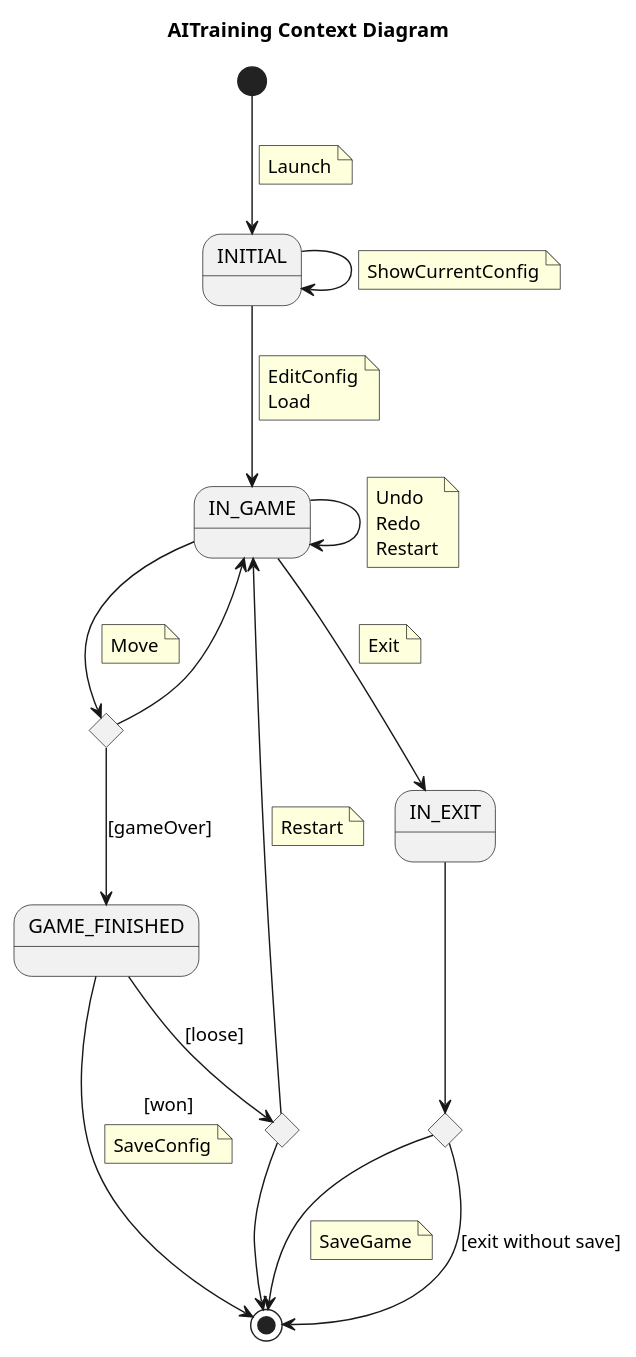
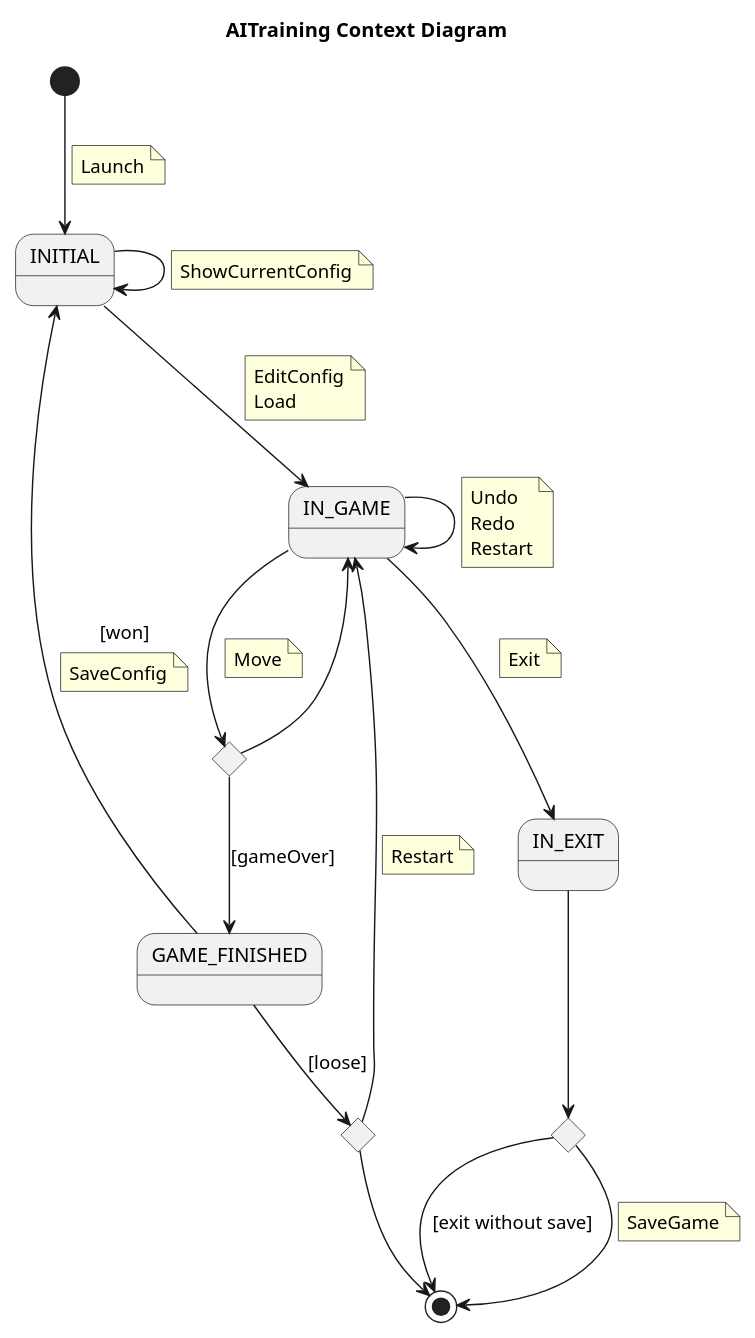
The diagram in docs/src/use-cases/context/ai-training-context.plantuml (Master-Desarrollo-20-21/patrones-diseno---practica-final---juego-de-las-damas-fraylopez), drawn with PlantUML before and after one commit. The commit also changed 22 other files, not shown here.

```diff
--- a/docs/src/use-cases/context/ai-training-context.plantuml
+++ b/docs/src/use-cases/context/ai-training-context.plantuml
@@ -1,66 +1,66 @@
 @startuml AITrainingContextDiagram
 title AITraining Context Diagram
 state INITIAL
 state IN_GAME
 state GAME_FINISHED
 state IF <<choice>>
 state IF2 <<choice>>
 state IF3 <<choice>>
 
 [*] --> INITIAL
 note on link
     Launch
 end note
 
 INITIAL --> INITIAL
     note on link
         ShowCurrentConfig
     end note
 
 INITIAL --> IN_GAME
     note on link
         EditConfig
         Load
     end note
 IN_GAME --> IN_GAME
     note on link
         Undo
         Redo
         Restart
     end note
 
 IN_GAME --> IF3
     note on link
         Move
     end note
 
 IF3 --> IN_GAME
 IF3 --> GAME_FINISHED : [gameOver]
 
 IN_EXIT -->IF
 IF -->[*]
     note on link
         SaveGame
     end note
 
 IF --> [*] : [exit without save]
 
 IN_GAME -->IN_EXIT
     note on link
         Exit
     end note
 
 GAME_FINISHED --> IF2 : [loose]
 
 IF2 --> IN_GAME
     note on link
         Restart
     end note
 
-GAME_FINISHED --> [*] : [won]
+GAME_FINISHED --> INITIAL : [won]
     note on link
         SaveConfig
     end note
 IF2 --> [*]
 
 @enduml
```
